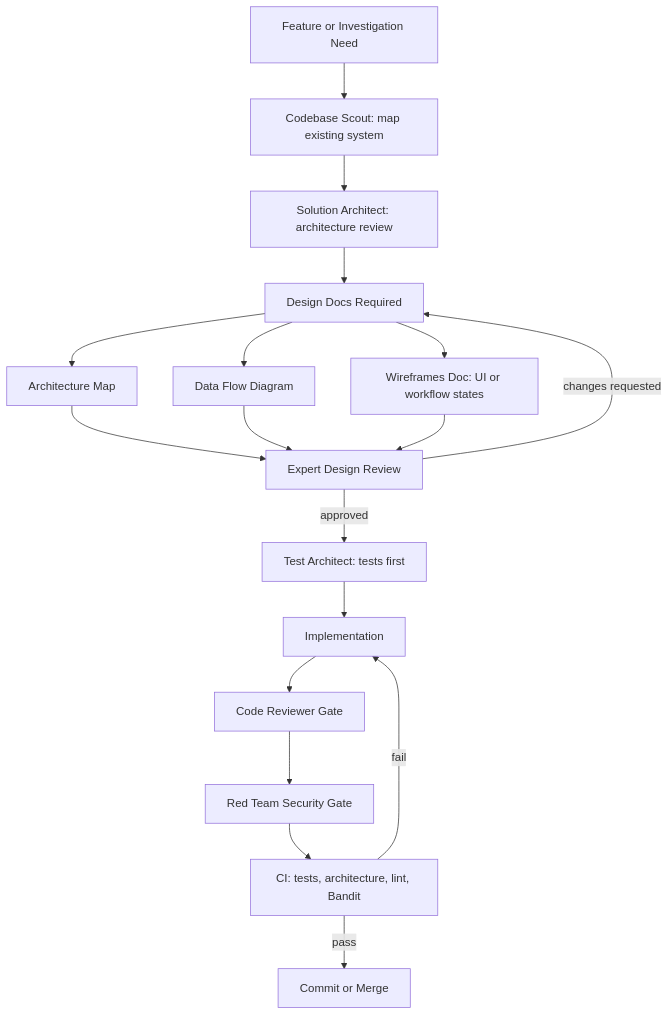
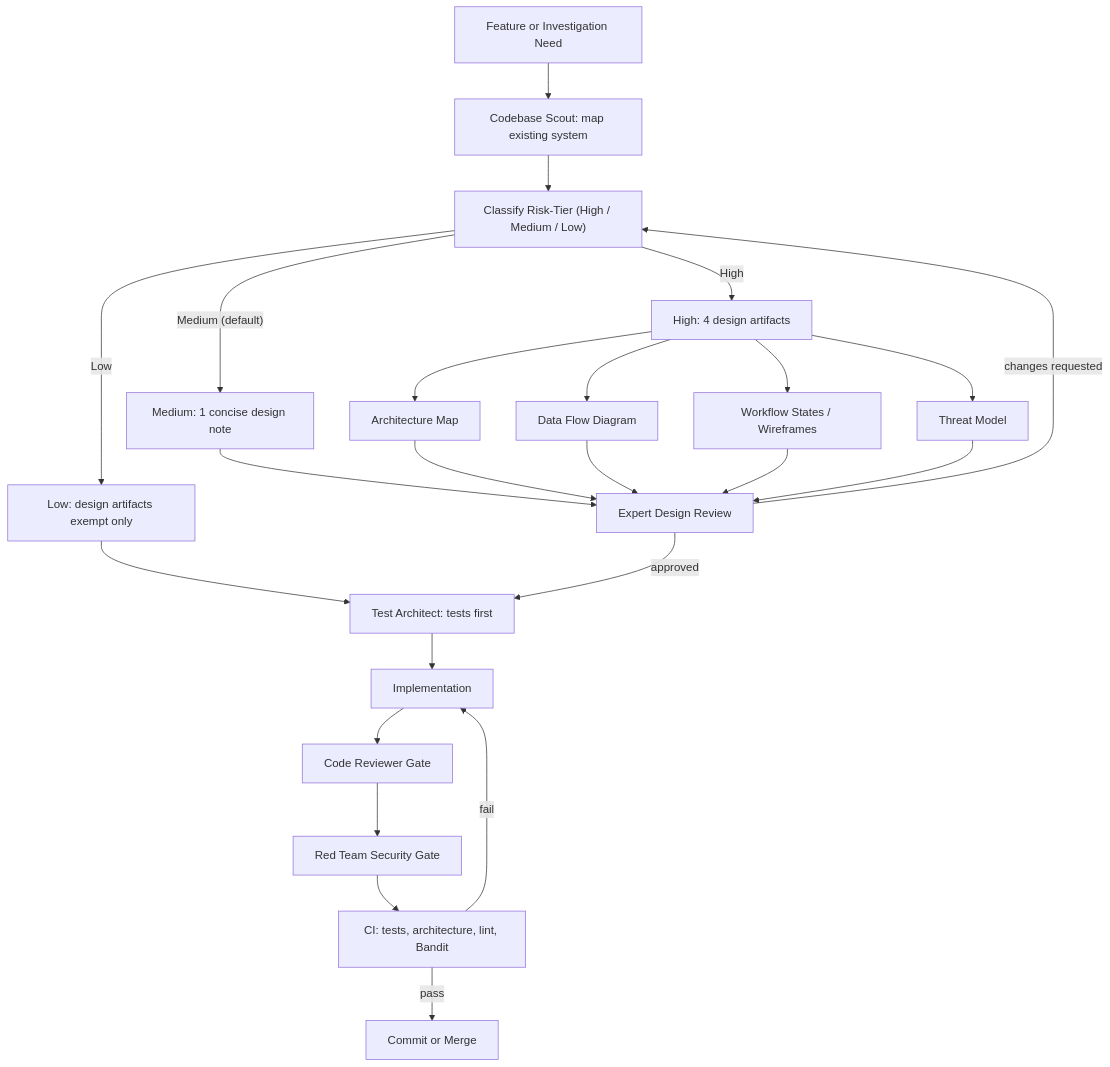
Before and after one commit to KangaKode/aiscaffold: the diagram in docs/DEVELOPMENT_PROCESS.md, drawn with Mermaid. The commit also changed other lines of this file and 7 other files, not shown here.

First line of the commit message:
Implement risk-tier policy and threat-model artifact for AI-native SDLC.

````diff
--- a/docs/DEVELOPMENT_PROCESS.md
+++ b/docs/DEVELOPMENT_PROCESS.md
@@ -9,20 +13,26 @@
 ```mermaid
 flowchart TD
     Request["Feature or Investigation Need"] --> Scout["Codebase Scout: map existing system"]
-    Scout --> Architect["Solution Architect: architecture review"]
-    Architect --> DesignDocs["Design Docs Required"]
-    DesignDocs --> ArchMap["Architecture Map"]
-    DesignDocs --> DataFlow["Data Flow Diagram"]
-    DesignDocs --> Wireframes["Wireframes Doc: UI or workflow states"]
-    ArchMap --> Review["Expert Design Review"]
+    Scout --> Classify["Classify Risk-Tier (High / Medium / Low)"]
+    Classify -->|"High"| HighDocs["High: 4 design artifacts"]
+    Classify -->|"Medium (default)"| MediumDoc["Medium: 1 concise design note"]
+    Classify -->|"Low"| LowSkip["Low: design artifacts exempt only"]
+    HighDocs --> ArchMap["Architecture Map"]
+    HighDocs --> DataFlow["Data Flow Diagram"]
+    HighDocs --> Wireframes["Workflow States / Wireframes"]
+    HighDocs --> Threat["Threat Model"]
+    MediumDoc --> Review["Expert Design Review"]
+    ArchMap --> Review
     DataFlow --> Review
     Wireframes --> Review
-    Review -->|"changes requested"| DesignDocs
+    Threat --> Review
+    LowSkip --> Tests
+    Review -->|"changes requested"| Classify
     Review -->|"approved"| Tests["Test Architect: tests first"]
     Tests --> Code["Implementation"]
     Code --> CodeReview["Code Reviewer Gate"]
     CodeReview --> RedTeam["Red Team Security Gate"]
     RedTeam --> CI["CI: tests, architecture, lint, Bandit"]
     CI -->|"fail"| Code
     CI -->|"pass"| Commit["Commit or Merge"]
 ```
````
